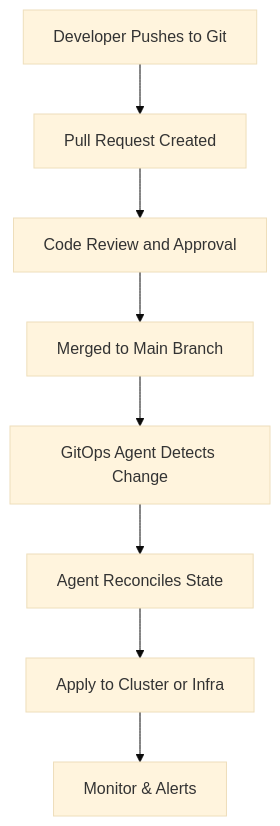
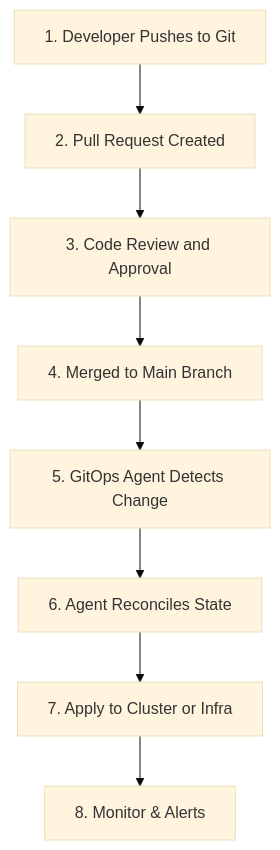
One commit to meenuc95/opstree_test changed the diagram in gitops.md. Above: the diagram before and after it, drawn with Mermaid (base theme). The commit also changed other lines of this file, not shown here.

````diff
--- a/gitops.md
+++ b/gitops.md
@@ -65,19 +90,19 @@
 ```mermaid
 flowchart TD
-    Dev[Developer Pushes to Git]
-    PR[Pull Request Created]
-    Review[Code Review and Approval]
-    Merge[Merged to Main Branch]
-    Detect[GitOps Agent Detects Change]
-    Reconcile[Agent Reconciles State]
-    Deploy[Apply to Cluster or Infra]
-    Monitor[Monitor & Alerts]
+    Dev[1. Developer Pushes to Git]
+    PR[2. Pull Request Created]
+    Review[3. Code Review and Approval]
+    Merge[4. Merged to Main Branch]
+    Detect[5. GitOps Agent Detects Change]
+    Reconcile[6. Agent Reconciles State]
+    Deploy[7. Apply to Cluster or Infra]
+    Monitor[8. Monitor & Alerts]
 
     Dev --> PR
     PR --> Review
     Review --> Merge
     Merge --> Detect
     Detect --> Reconcile
     Reconcile --> Deploy
     Deploy --> Monitor
 ```
````
